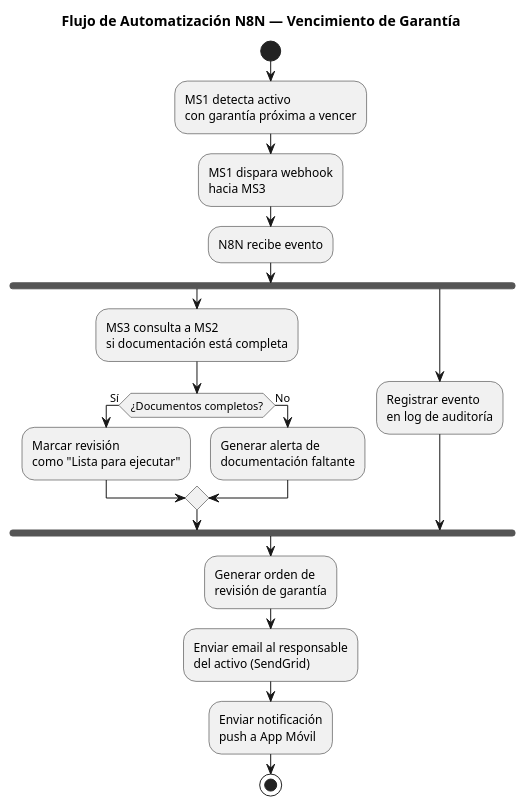
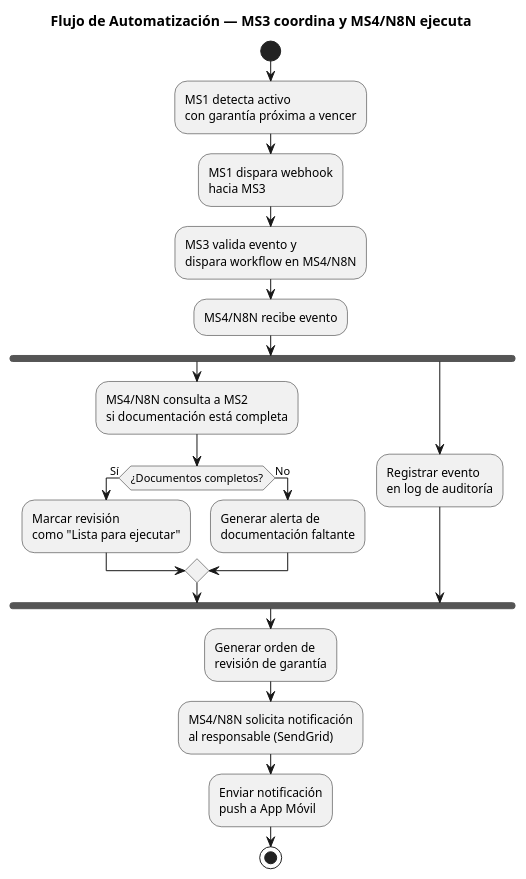
One commit to borysinho/microservicios-activos-fijos changed the tenth of 15 diagrams in docs/Propuesta - Sistema de Activos Fijos.md. Above: the diagram before and after it, drawn with PlantUML. The commit also changed other lines of this file and 23 other files, not shown here.

````diff
--- a/docs/Propuesta - Sistema de Activos Fijos.md
+++ b/docs/Propuesta - Sistema de Activos Fijos.md
@@ -571,33 +582,35 @@
 ```plantuml
 @startuml FlujoAutomatizacion
-title Flujo de Automatización N8N — Vencimiento de Garantía
+title Flujo de Automatización — MS3 coordina y MS4/N8N ejecuta
 
 start
 
 :MS1 detecta activo\ncon garantía próxima a vencer;
 
 :MS1 dispara webhook\nhacia MS3;
 
-:N8N recibe evento;
+:MS3 valida evento y\ndispara workflow en MS4/N8N;
+
+:MS4/N8N recibe evento;
 
 fork
-    :MS3 consulta a MS2\nsi documentación está completa;
+    :MS4/N8N consulta a MS2\nsi documentación está completa;
     if (¿Documentos completos?) then (Sí)
         :Marcar revisión\ncomo "Lista para ejecutar";
     else (No)
         :Generar alerta de\ndocumentación faltante;
     endif
 fork again
     :Registrar evento\nen log de auditoría;
 end fork
 
 :Generar orden de\nrevisión de garantía;
 
-:Enviar email al responsable\ndel activo (SendGrid);
+:MS4/N8N solicita notificación\nal responsable (SendGrid);
 
 :Enviar notificación\npush a App Móvil;
 
 stop
 
 @enduml
 ```
````
